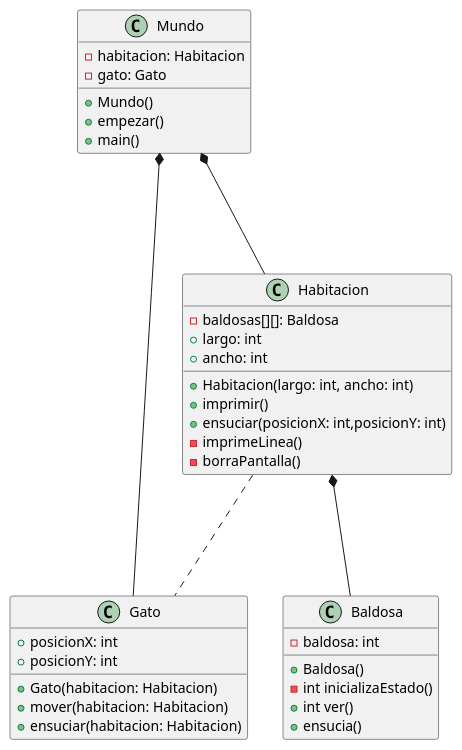
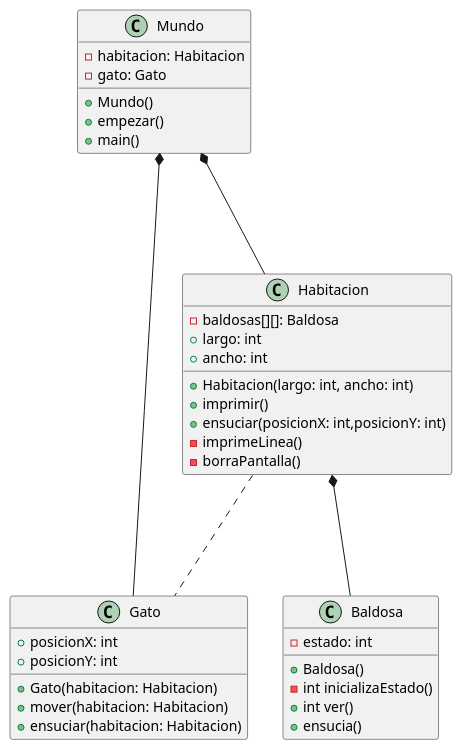
The diagram in diagrama001.puml (mmasias/theWorld), drawn with PlantUML before and after one commit. The commit also changed 2 other files, not shown here.

Commit message:
refactorización de Baldosa para hacerla + legible

```diff
--- a/diagrama001.puml
+++ b/diagrama001.puml
@@ -1,43 +1,43 @@
 @startuml
 
 class Mundo{
     - habitacion: Habitacion
     - gato: Gato 
     + Mundo()
     + empezar()
     + main()
 }
 
 class Habitacion {
     - baldosas[][]: Baldosa
     + largo: int
     + ancho: int
     +Habitacion(largo: int, ancho: int)
     +imprimir()
     +ensuciar(posicionX: int,posicionY: int)
     -imprimeLinea()
     -borraPantalla()
 }
 
 class Baldosa{
-    - baldosa: int
+    - estado: int
     + Baldosa()
     - int inicializaEstado()
     + int ver()
     + ensucia()
 }
 
 class Gato{
     + posicionX: int
     + posicionY: int
     + Gato(habitacion: Habitacion)
     + mover(habitacion: Habitacion)
     + ensuciar(habitacion: Habitacion)
 }
 
 Mundo *-D-- Habitacion
 Mundo *-R--- Gato
 Habitacion *-D-- Baldosa 
 Habitacion ... Gato
 
 @enduml
```
